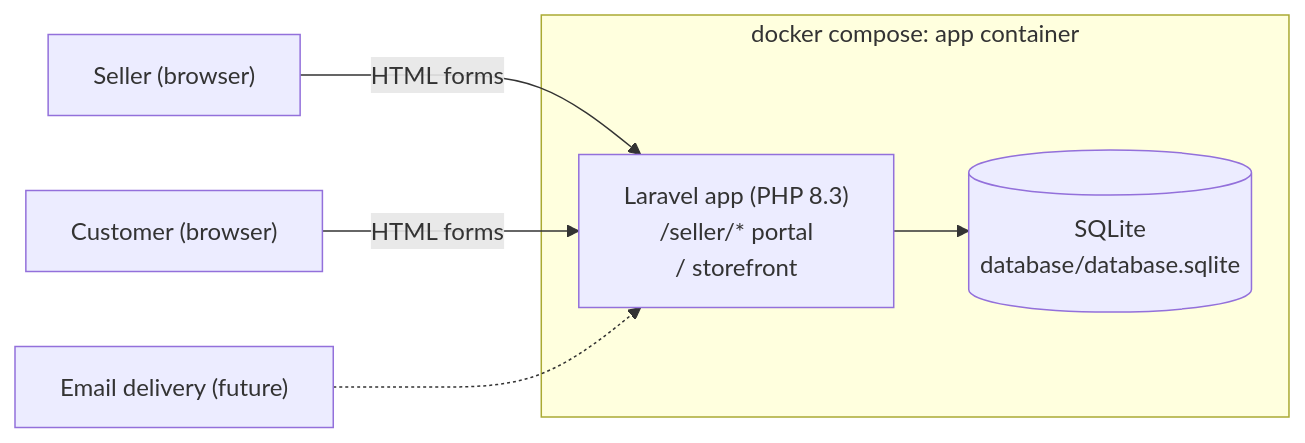
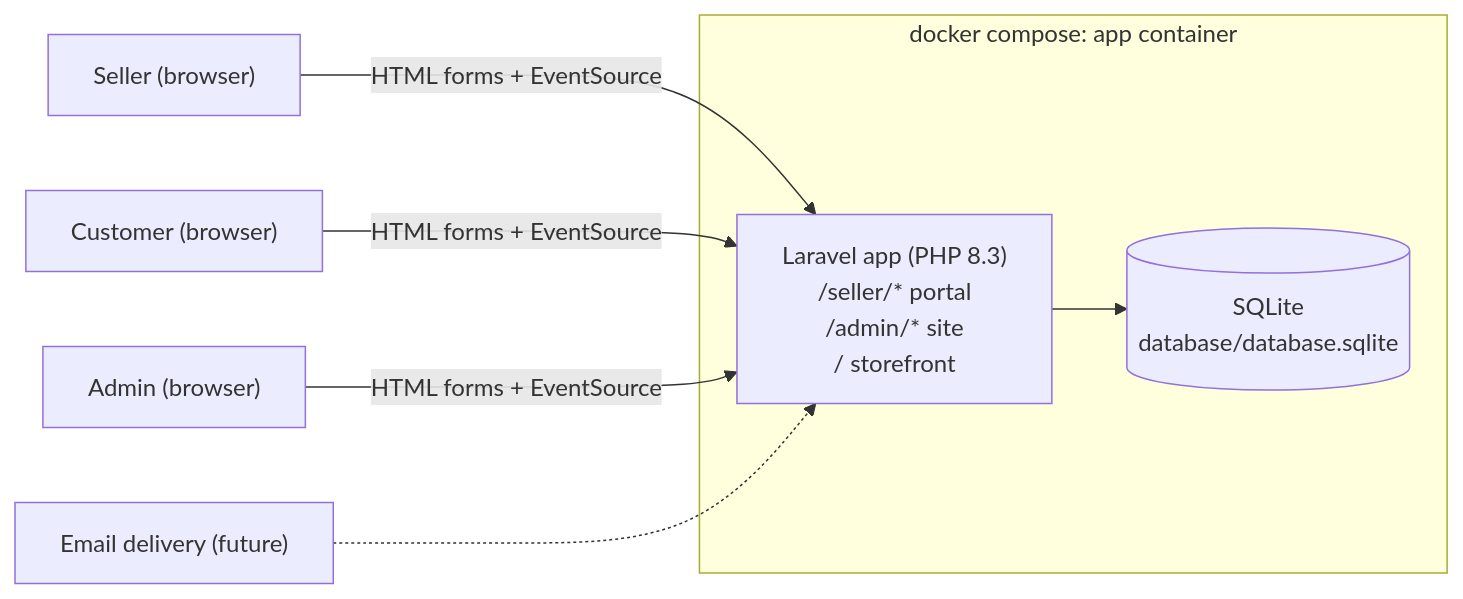
One commit to jonathan-beebe/art-store changed the first of 4 diagrams in prototype/php/docs/architecture.md. Above: the diagram before and after it, drawn with Mermaid. The commit also changed other lines of this file and 229 other files, not shown here.

First line of the commit message:
feat[php]: messaging center with admin site, listing FAQs, and live unread badge [NO-TICKET] (#6)

````diff
--- a/prototype/php/docs/architecture.md
+++ b/prototype/php/docs/architecture.md
@@ -12,11 +15,12 @@
 ```mermaid
 flowchart LR
     subgraph docker["docker compose: app container"]
-        laravel["Laravel app (PHP 8.3)\n/seller/* portal\n/ storefront"]
+        laravel["Laravel app (PHP 8.3)\n/seller/* portal\n/admin/* site\n/ storefront"]
         sqlite[("SQLite\ndatabase/database.sqlite")]
         laravel --> sqlite
     end
-    seller["Seller (browser)"] -- "HTML forms" --> laravel
-    customer["Customer (browser)"] -- "HTML forms" --> laravel
+    seller["Seller (browser)"] -- "HTML forms + EventSource" --> laravel
+    customer["Customer (browser)"] -- "HTML forms + EventSource" --> laravel
+    admin["Admin (browser)"] -- "HTML forms + EventSource" --> laravel
     mail["Email delivery (future)"] -.-> laravel
 ```
````
